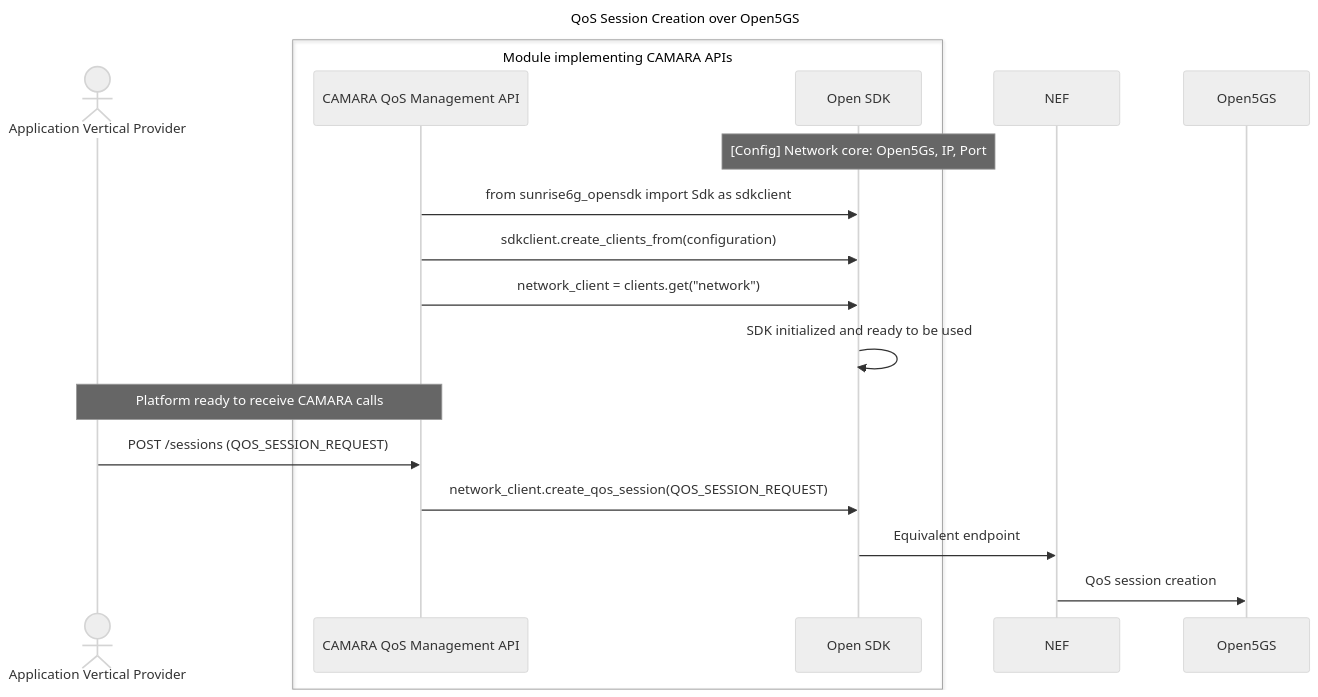
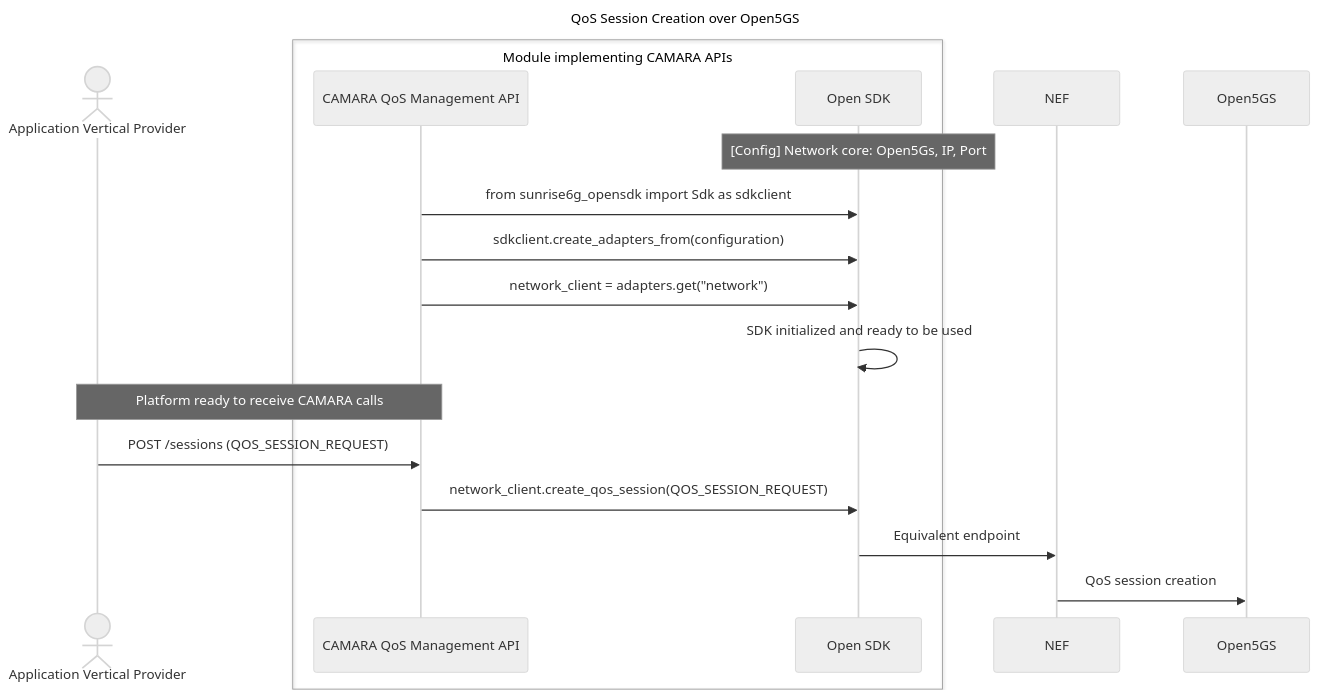
The second of 2 diagrams in README.md (tassospandis/open-sdk), drawn with Mermaid (neutral theme) before and after one commit. The commit also changed other lines of this file and 2 other files, not shown here.

````diff
--- a/README.md
+++ b/README.md
@@ -145,23 +146,23 @@
 ```mermaid
 sequenceDiagram
 title QoS Session Creation over Open5GS
 
 actor AP as Application Vertical Provider
 box Module implementing CAMARA APIs
     participant API as CAMARA QoS Management API
     participant SDK as Open SDK
 end
 participant NEF as NEF
 participant 5GS as Open5GS
 
 note over SDK: [Config] Network core: Open5Gs, IP, Port
 API ->> SDK: from sunrise6g_opensdk import Sdk as sdkclient
-API ->> SDK: sdkclient.create_clients_from(configuration)
-API ->> SDK: network_client = clients.get("network")
+API ->> SDK: sdkclient.create_adapters_from(configuration)
+API ->> SDK: network_client = adapters.get("network")
 SDK ->> SDK: SDK initialized and ready to be used
 note over AP,API: Platform ready to receive CAMARA calls
 AP ->> API: POST /sessions (QOS_SESSION_REQUEST)
 API ->> SDK: network_client.create_qos_session(QOS_SESSION_REQUEST)
 SDK ->> NEF: Equivalent endpoint
 NEF ->> 5GS: QoS session creation
 ```
````
